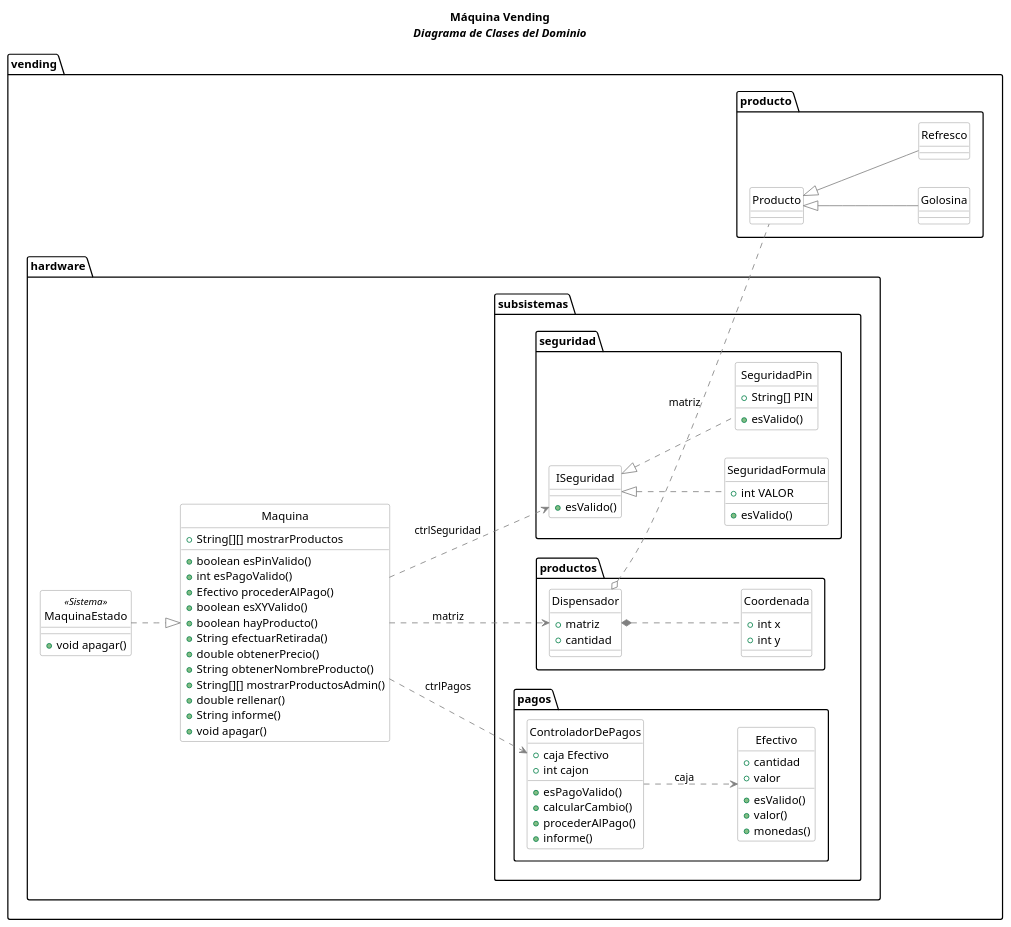
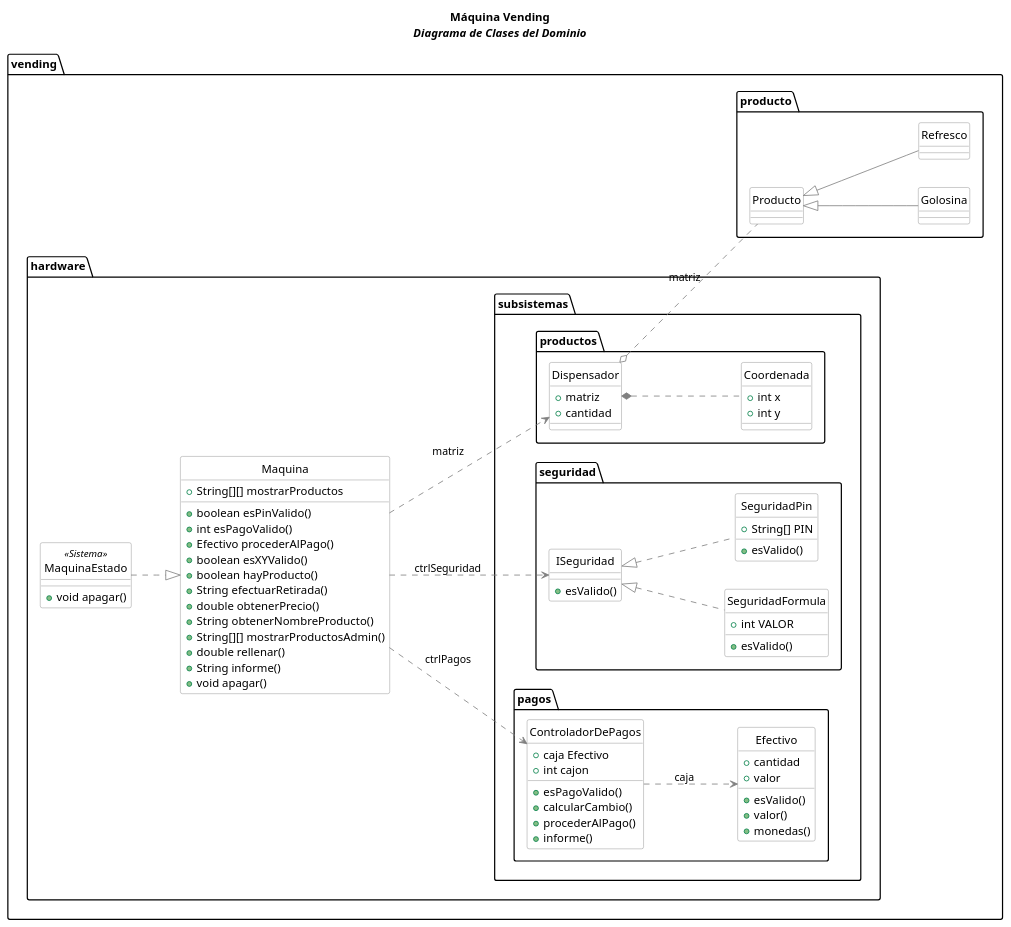
The seventh of 8 diagrams in ejemplos/maquina_vending.md (srlopez/RUP), drawn with PlantUML before and after one commit. The commit also changed other lines of this file, not shown here.

```diff
--- a/ejemplos/maquina_vending.md
+++ b/ejemplos/maquina_vending.md
@@ -507,16 +507,7 @@
           +monedas()
         }
       }
-      package productos {
-        class Dispensador {
-          +matriz
-          +cantidad
-        }
-        class Coordenada{
-          +int x
-          +int y
-        }
-      }
+
       package seguridad {
         class ISeguridad { 
           +esValido()
@@ -530,10 +521,20 @@
           +esValido()
         }
       }
+      package productos {
+        class Dispensador {
+          +matriz
+          +cantidad
+        }
+        class Coordenada{
+          +int x
+          +int y
+        }
+      }
     }
   }
+}
 
-}
 MaquinaEstado ..|> Maquina
 Maquina ..> ISeguridad : ctrlSeguridad
 Maquina ..> Dispensador : matriz
```
